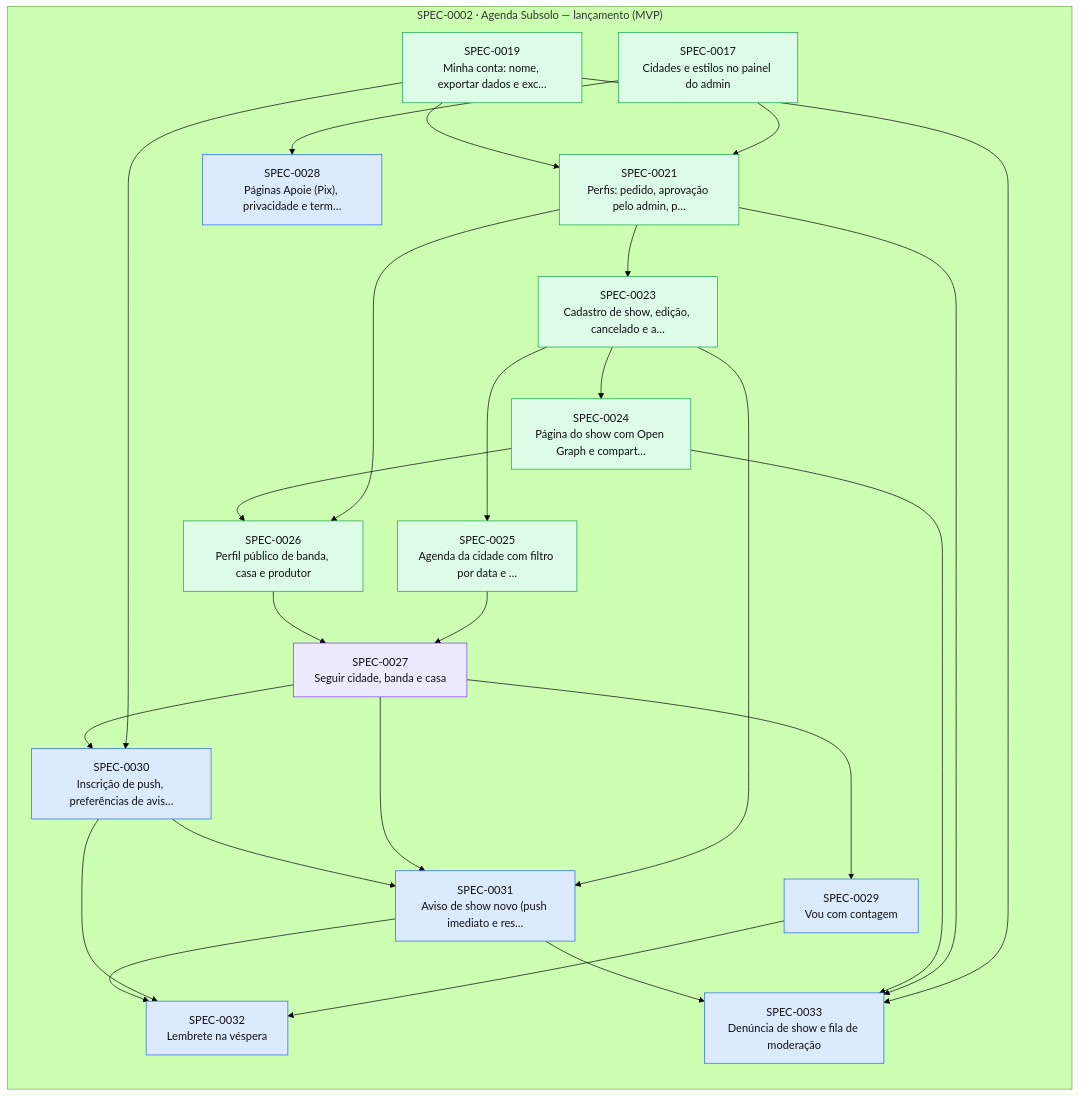
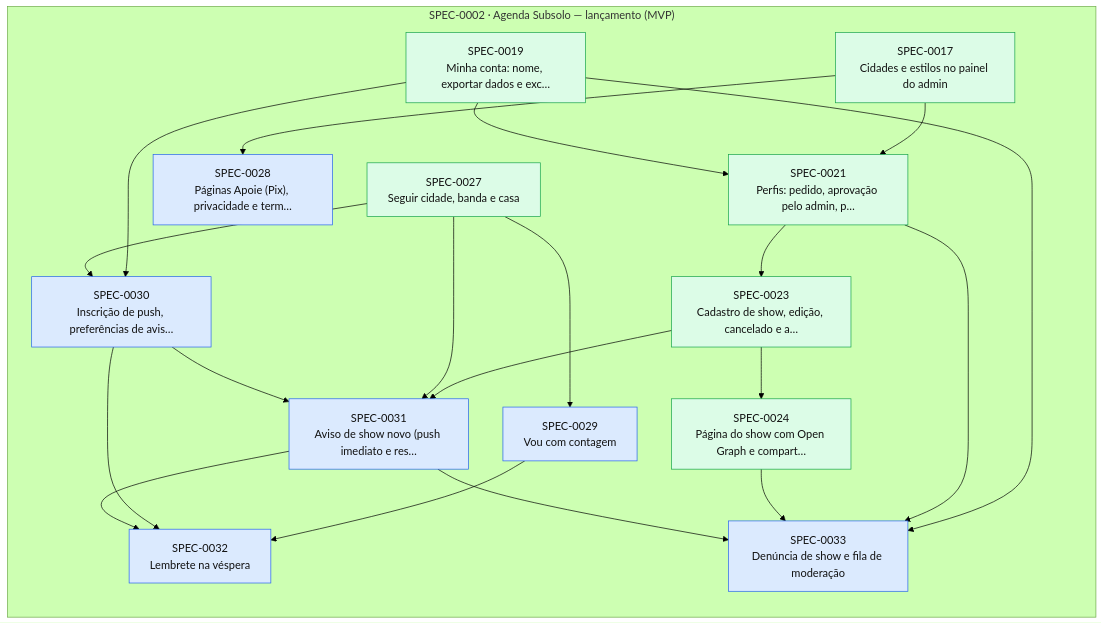
The diagram in docs/specs/INDEX.md (thomasravache/subsolo), drawn with Mermaid (forest theme) before and after one commit. The commit also changed other lines of this file and 3 other files, not shown here.

````diff
--- a/docs/specs/INDEX.md
+++ b/docs/specs/INDEX.md
@@ -72,47 +71,40 @@
 ```mermaid
 flowchart LR
   subgraph E0002["SPEC-0002 · Agenda Subsolo — lançamento (MVP)"]
     S0017["SPEC-0017<br/>Cidades e estilos no painel do admin"]:::implemented
     S0019["SPEC-0019<br/>Minha conta: nome, exportar dados e exc…"]:::implemented
     S0021["SPEC-0021<br/>Perfis: pedido, aprovação pelo admin, p…"]:::implemented
     S0023["SPEC-0023<br/>Cadastro de show, edição, cancelado e a…"]:::implemented
     S0024["SPEC-0024<br/>Página do show com Open Graph e compart…"]:::implemented
-    S0025["SPEC-0025<br/>Agenda da cidade com filtro por data e …"]:::implemented
-    S0026["SPEC-0026<br/>Perfil público de banda, casa e produtor"]:::implemented
-    S0027["SPEC-0027<br/>Seguir cidade, banda e casa"]:::inprogress
+    S0027["SPEC-0027<br/>Seguir cidade, banda e casa"]:::implemented
     S0028["SPEC-0028<br/>Páginas Apoie (Pix), privacidade e term…"]:::approved
     S0029["SPEC-0029<br/>Vou com contagem"]:::approved
     S0030["SPEC-0030<br/>Inscrição de push, preferências de avis…"]:::approved
     S0031["SPEC-0031<br/>Aviso de show novo (push imediato e res…"]:::approved
     S0032["SPEC-0032<br/>Lembrete na véspera"]:::approved
     S0033["SPEC-0033<br/>Denúncia de show e fila de moderação"]:::approved
   end
   S0017 --> S0021
   S0019 --> S0021
   S0021 --> S0023
   S0023 --> S0024
-  S0023 --> S0025
-  S0021 --> S0026
-  S0024 --> S0026
-  S0025 --> S0027
-  S0026 --> S0027
   S0017 --> S0028
   S0027 --> S0029
   S0019 --> S0030
   S0027 --> S0030
   S0023 --> S0031
   S0027 --> S0031
   S0030 --> S0031
   S0029 --> S0032
   S0030 --> S0032
   S0031 --> S0032
   S0019 --> S0033
   S0021 --> S0033
   S0024 --> S0033
   S0031 --> S0033
   classDef proposed fill:#fef3c7,stroke:#d97706,color:#111
   classDef approved fill:#dbeafe,stroke:#2563eb,color:#111
   classDef inprogress fill:#ede9fe,stroke:#7c3aed,color:#111
   classDef implemented fill:#dcfce7,stroke:#16a34a,color:#111
   classDef deprecated fill:#f3f4f6,stroke:#9ca3af,color:#6b7280
 ```
````
